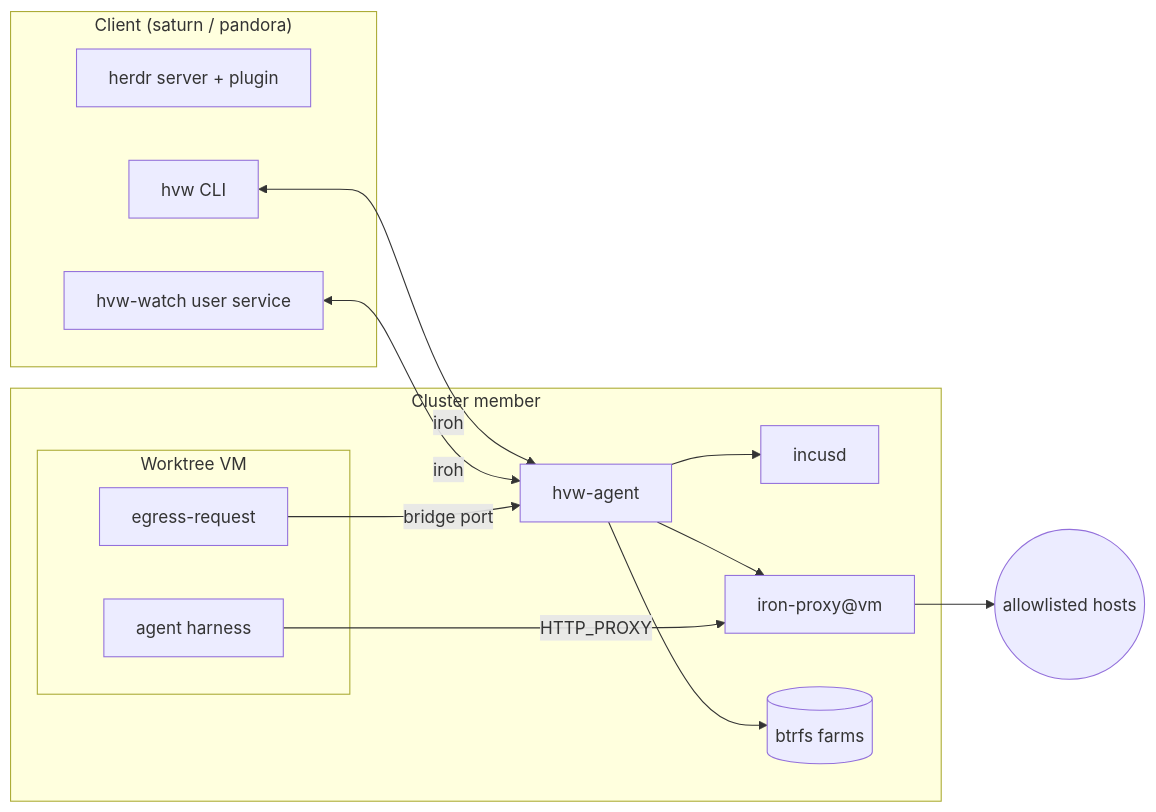
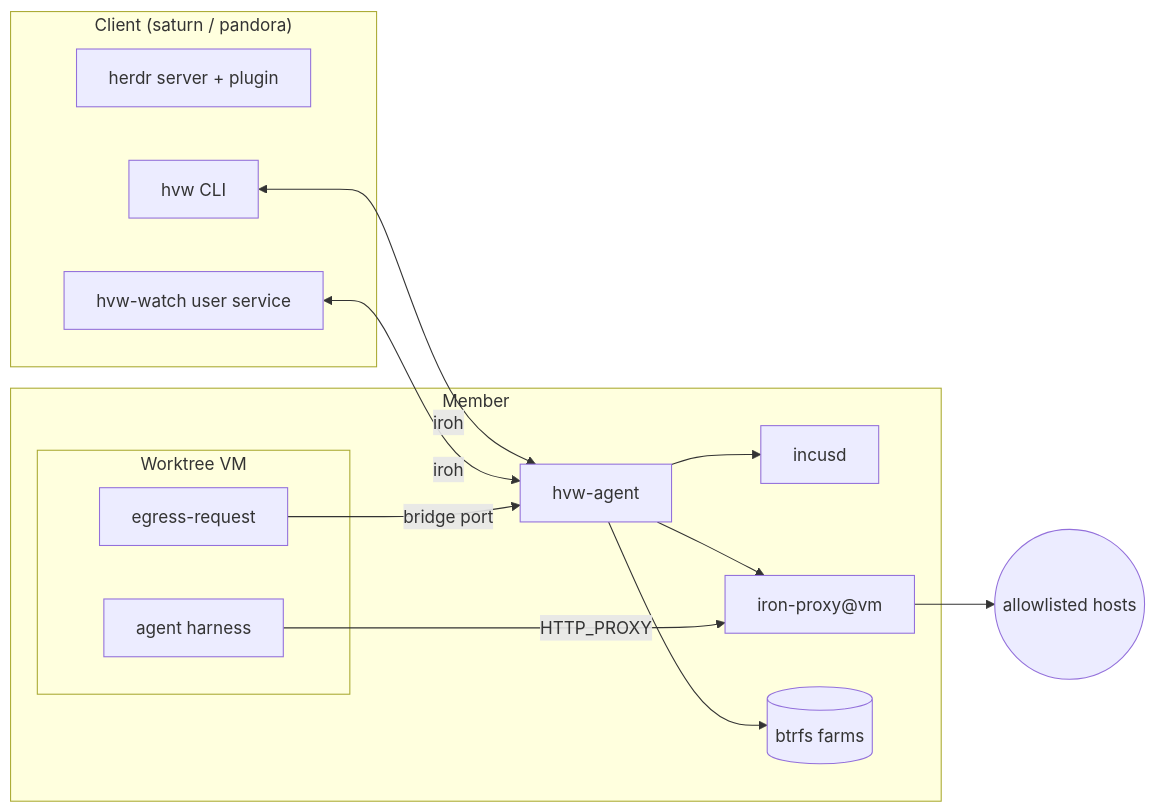
The first of 2 diagrams in plan.md (brianmcgee/herdr-vm-worktree), drawn with Mermaid before and after one commit. The commit also changed other lines of this file, not shown here.

````diff
--- a/plan.md
+++ b/plan.md
@@ -40,26 +41,26 @@
 ```mermaid
 flowchart LR
   subgraph Client["Client (saturn / pandora)"]
     H[herdr server + plugin]
     W[hvw-watch user service]
     C[hvw CLI]
   end
-  subgraph Member["Cluster member"]
+  subgraph Member["Member"]
     A[hvw-agent]
     I[incusd]
     G["iron-proxy@vm"]
     F[(btrfs farms)]
     subgraph VM["Worktree VM"]
       O[agent harness]
       R[egress-request]
     end
   end
   C <-- iroh --> A
   W <-- iroh --> A
   A --> I
   A --> G
   A --> F
   O -- HTTP_PROXY --> G
   R -- bridge port --> A
   G --> Internet((allowlisted hosts))
 ```
````
